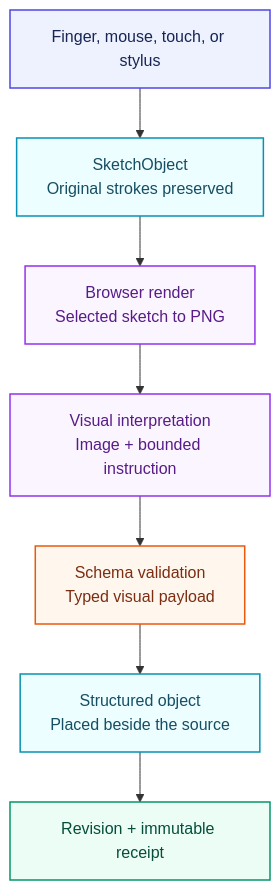
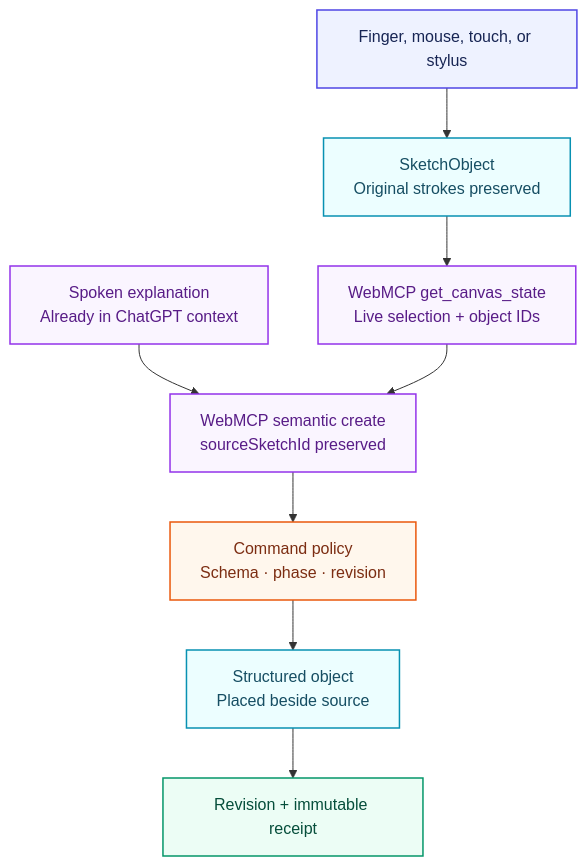
Before and after one commit to romiteld/commandcanvas: the first of 3 diagrams in README.md, drawn with Mermaid. The commit also changed other lines of this file and 57 other files, not shown here.

````diff
--- a/README.md
+++ b/README.md
@@ -23,24 +23,27 @@
 ```mermaid
 flowchart TB
     input["Finger, mouse, touch, or stylus"]
     sketch["SketchObject<br/>Original strokes preserved"]
-    render["Browser render<br/>Selected sketch to PNG"]
-    vision["Visual interpretation<br/>Image + bounded instruction"]
-    validate["Schema validation<br/>Typed visual payload"]
-    result["Structured object<br/>Placed beside the source"]
+    explain["Spoken explanation<br/>Already in ChatGPT context"]
+    state["WebMCP get_canvas_state<br/>Live selection + object IDs"]
+    create["WebMCP semantic create<br/>sourceSketchId preserved"]
+    validate["Command policy<br/>Schema · phase · revision"]
+    result["Structured object<br/>Placed beside source"]
     receipt["Revision + immutable receipt"]
 
-    input --> sketch --> render --> vision --> validate --> result --> receipt
+    input --> sketch --> state
+    explain --> create
+    state --> create --> validate --> result --> receipt
 
     classDef human fill:#eef2ff,stroke:#4f46e5,color:#172554,stroke-width:1.5px;
     classDef object fill:#ecfeff,stroke:#0891b2,color:#164e63,stroke-width:1.5px;
     classDef agent fill:#faf5ff,stroke:#9333ea,color:#581c87,stroke-width:1.5px;
     classDef guard fill:#fff7ed,stroke:#ea580c,color:#7c2d12,stroke-width:1.5px;
     classDef audit fill:#ecfdf5,stroke:#059669,color:#064e3b,stroke-width:1.5px;
 
     class input human;
     class sketch,result object;
-    class render,vision agent;
+    class explain,state,create agent;
     class validate guard;
     class receipt audit;
 ```
````
